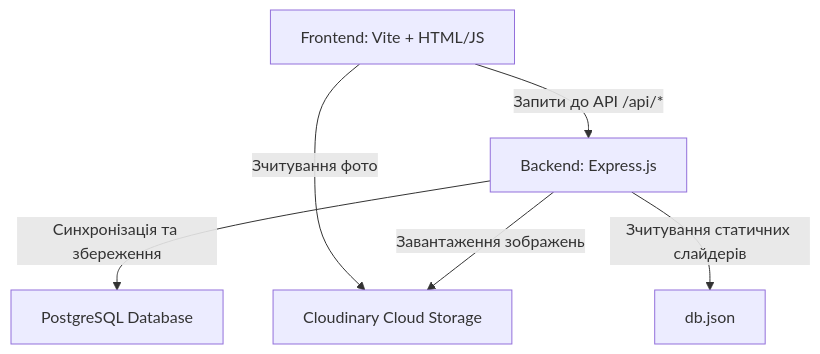
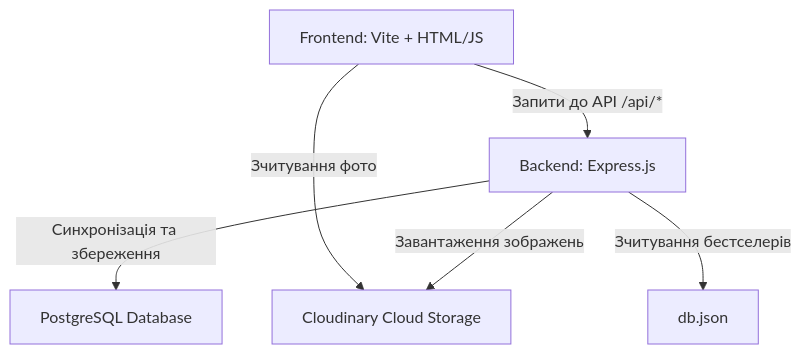
Before and after one commit to saltykov-neovwrsity/umt_flora_final_saltykov: the diagram in README.md, drawn with Mermaid. The commit also changed other lines of this file and 1 other file, not shown here.

````diff
--- a/README.md
+++ b/README.md
@@ -18,8 +18,8 @@
 ```mermaid
 graph TD
     A[Frontend: Vite + HTML/JS] -->|Запити до API /api/*| B[Backend: Express.js]
     A -->|Зчитування фото| D[Cloudinary Cloud Storage]
     B -->|Синхронізація та збереження| C[PostgreSQL Database]
     B -->|Завантаження зображень| D
-    B -->|Зчитування статичних слайдерів| E[db.json]
+    B -->|Зчитування бестселерів| E[db.json]
 ```
````
